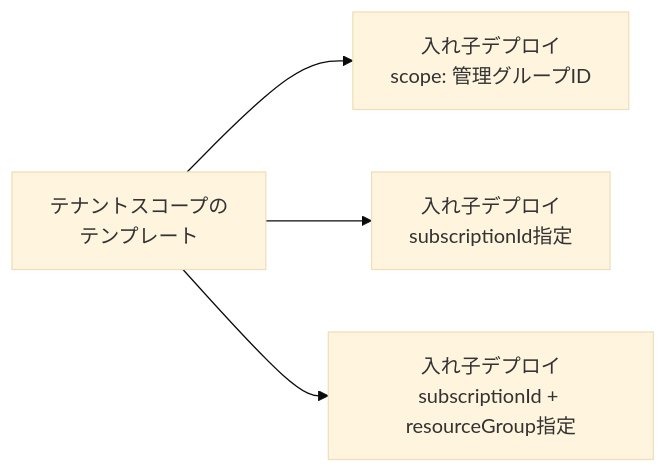
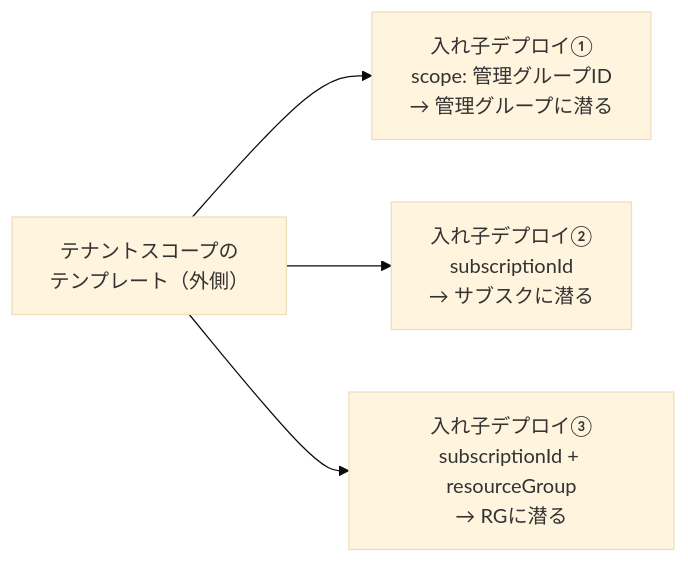
The second of 4 diagrams in resource-manager/notes/week2.md (yoyoma-ru/Azure), drawn with Mermaid (base theme) before and after one commit. The commit also changed other lines of this file, not shown here.

First line of the commit message:
Week2 §4 を全面改訂＋図の\n表示バグを修正

````diff
--- a/resource-manager/notes/week2.md
+++ b/resource-manager/notes/week2.md
@@ -199,11 +253,11 @@
 ```mermaid
 flowchart LR
-    TT["テナントスコープの\nテンプレート"]
-    NMG["入れ子デプロイ\nscope: 管理グループID"]
-    NSUB["入れ子デプロイ\nsubscriptionId指定"]
-    NRG["入れ子デプロイ\nsubscriptionId + resourceGroup指定"]
+    TT["テナントスコープの<br/>テンプレート（外側）"]
+    NMG["入れ子デプロイ①<br/>scope: 管理グループID<br/>→ 管理グループに潜る"]
+    NSUB["入れ子デプロイ②<br/>subscriptionId<br/>→ サブスクに潜る"]
+    NRG["入れ子デプロイ③<br/>subscriptionId + resourceGroup<br/>→ RGに潜る"]
 
     TT --> NMG
     TT --> NSUB
     TT --> NRG
 ```
````
